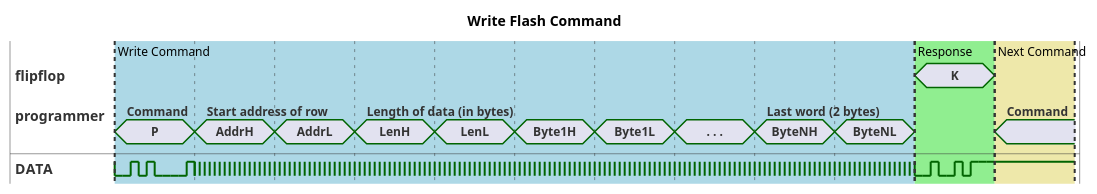
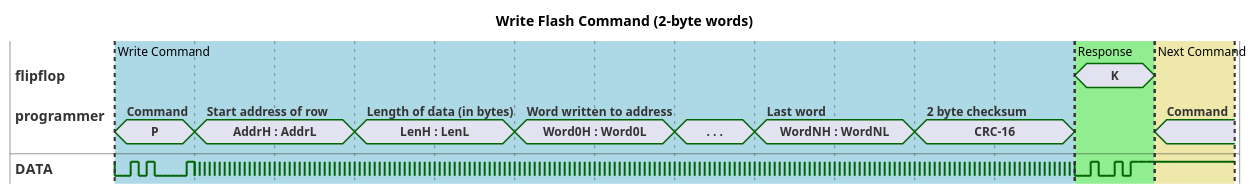
One commit to Rex--/flipflop changed the diagram in docs/src/diagrams/write-command.puml. Above: the diagram before and after it, drawn with PlantUML. The commit also changed 9 other files, not shown here.

Commit message:
Added some basic CRC code. 16 bit CRCs are now appended to read and write data blocks. Timing diagrams have been updated to reflect the changes.

```diff
--- a/docs/src/diagrams/write-command.puml
+++ b/docs/src/diagrams/write-command.puml
@@ -1,98 +1,87 @@
 @startuml write-command
 ' mode compact
 scale 10 as 80 pixels
 hide time-axis
-Title: Write Flash Command
+Title: Write Flash Command (2-byte words)
 
 compact concise "flipflop" as FF
 compact concise "programmer" as PG
 binary "DATA" as D
 
 D is high
 
 @10
 PG is P : Command
 D is low
 @+1
 D is low
 @+1
 D is high
 @+1
 D is low
 @+1
 D is high
 @+1
 D is low
 @+1
 D is low
 @+1
 D is low
 @+1
 D is low
 @+1
 D is high
 
 @20
-PG is AddrH : Start address of row
+PG is "AddrH : AddrL" : Start address of row
 D is {high,low}
 
-@30
-PG is AddrL
-
 @40
-PG is LenH : Length of data (in bytes)
-
-@50
-PG is LenL
+PG is "LenH : LenL" : Length of data (in bytes)
 
 @60
-PG is Byte1H
-
-@70
-PG is Byte1L
+PG is "Word0H : Word0L" : Word written to address
 
 @80
 PG is ". . ."
 
 @90
-PG is ByteNH : Last word (2 bytes)
-
-@100
-PG is ByteNL
-FF is {hidden}
-
+PG is "WordNH : WordNL" : Last word
 
 @110
+PG is "CRC-16" : 2 byte checksum
+
+@130
 FF is K
 PG is {hidden}
 D is low
 @+1
 D is low
 @+1
 D is high
 @+1
 D is low
 @+1
 D is low
 @+1
 D is high
 @+1
 D is low
 @+1
 D is high
 @+1
 D is high
 @+1
 D is high
 
-@120
+@140
 FF is {hidden}
 PG is "" : Command
 
 
 
-highlight 10 to 110 #LightBlue: Write Command
-highlight 110 to 120 #LightGreen: Response
-highlight 120 to 130 #PaleGoldenRod: Next Command
+highlight 10 to 130 #LightBlue: Write Command
+highlight 130 to 140 #LightGreen: Response
+highlight 140 to 150 #PaleGoldenRod: Next Command
 
 @enduml
```
